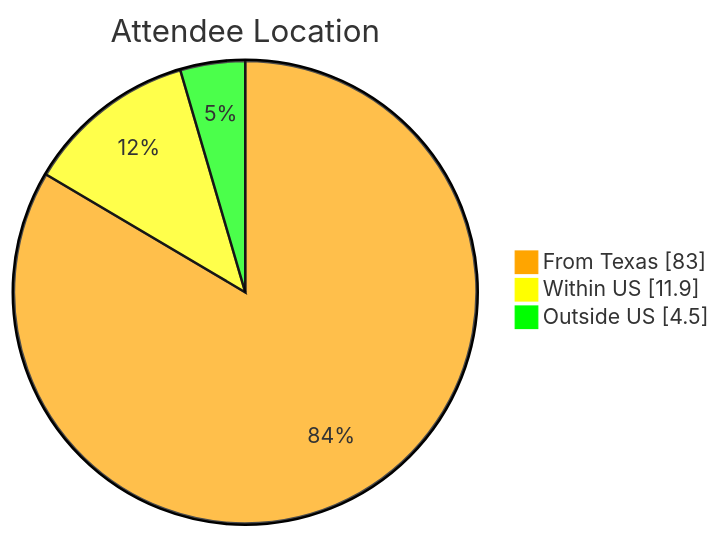
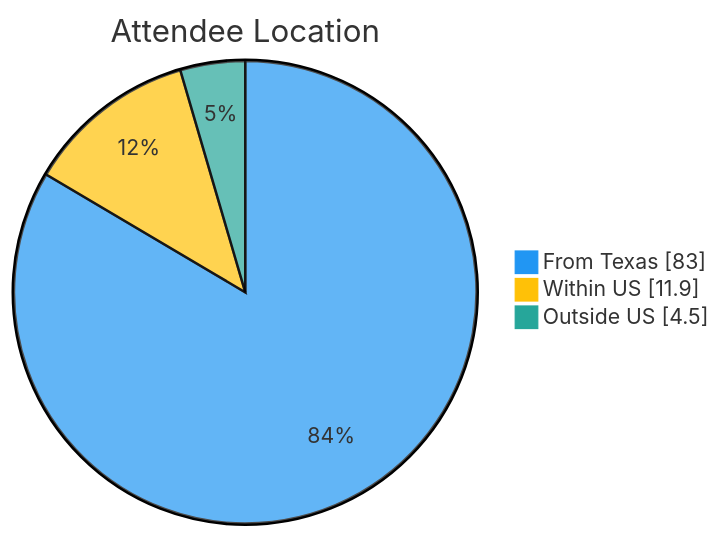
The first of 8 diagrams in docs/blog/posts/2025-conference-recap.md (pytexas/pytexas.github.io), drawn with Mermaid before and after one commit. The commit also changed other lines of this file, not shown here.

Commit message:
updating chart colors

````diff
--- a/docs/blog/posts/2025-conference-recap.md
+++ b/docs/blog/posts/2025-conference-recap.md
@@ -66,8 +66,8 @@
 ```mermaid
-%%{init: {'theme': 'base', 'themeVariables': { 'pie1': '#FFA500', 'pie2': '#FFFF00', 'pie3': '#00FF00', 'pie4': '#0000FF', 'pie5': '#800080', 'pie6': '#ff0000', 'pie7': '#FFFFFF'}}}%%
+%%{init: {'theme': 'base', 'themeVariables': { 'pie1': '#2196F3', 'pie2': '#FFC107', 'pie3': '#26A69A', 'pie4': '#FB8C00', 'pie5': '#5C6BC0', 'pie6': '#039BE5', 'pie7': '#FF7043'}}}%%
 pie showData
     title Attendee Location
     "From Texas" : 83
     "Within US" : 11.9
     "Outside US" : 4.5
 ```
````
